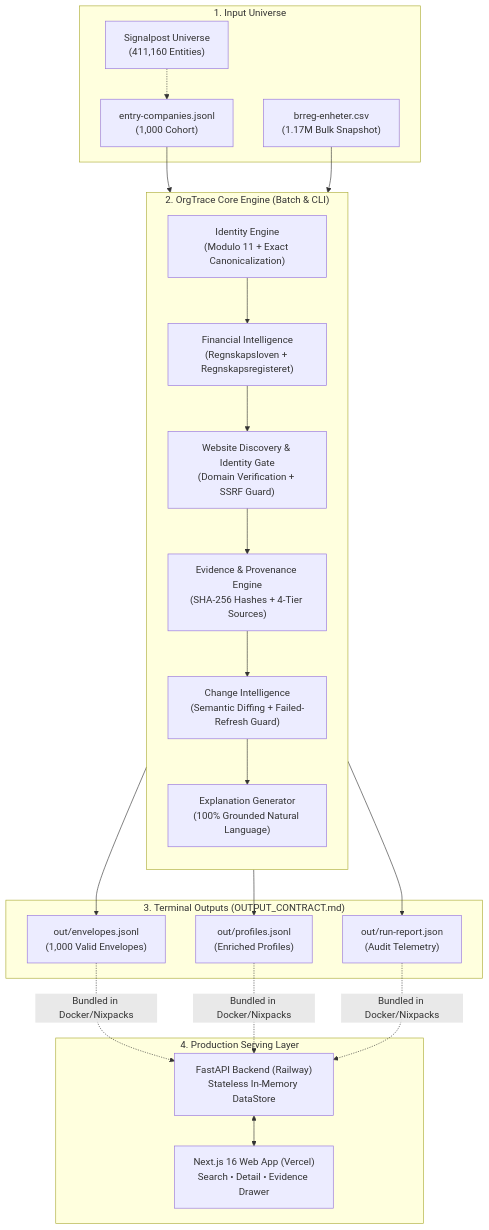
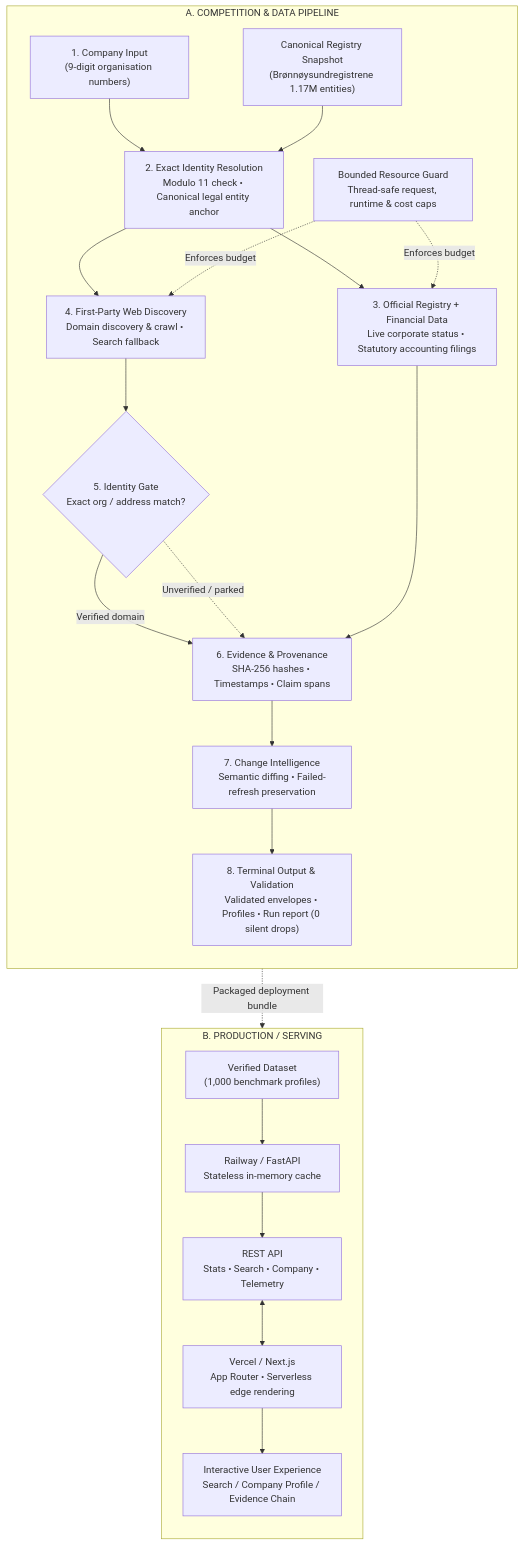
Before and after one commit to namandeeptripathi/OrgTrace: the diagram in README.md, drawn with Mermaid.

Commit message:
docs: refine architecture diagram

````diff
--- a/README.md
+++ b/README.md
@@ -86,42 +86,57 @@
 ```mermaid
 flowchart TD
-    subgraph Inputs ["1. Input Universe"]
-        IN1["entry-companies.jsonl<br/>(1,000 Cohort)"]
-        IN2["brreg-enheter.csv<br/>(1.17M Bulk Snapshot)"]
-        IN3["Signalpost Universe<br/>(411,160 Entities)"]
+    %% ─── FLOW A: COMPETITION / DATA PIPELINE ───
+    subgraph Pipeline ["A. COMPETITION & DATA PIPELINE"]
+        direction TB
+
+        IN["1. Company Input<br/>(9-digit organisation numbers)"]
+        BULK["Canonical Registry Snapshot<br/>(Brønnøysundregistrene 1.17M entities)"]
+
+        IDENT["2. Exact Identity Resolution<br/>Modulo 11 check • Canonical legal entity anchor"]
+
+        ENRICH["3. Official Registry + Financial Data<br/>Live corporate status • Statutory accounting filings"]
+
+        WEB["4. First-Party Web Discovery<br/>Domain discovery & crawl • Search fallback"]
+
+        GATE{"5. Identity Gate<br/>Exact org / address match?"}
+
+        PROV["6. Evidence & Provenance<br/>SHA-256 hashes • Timestamps • Claim spans"]
+
+        DIFF["7. Change Intelligence<br/>Semantic diffing • Failed-refresh preservation"]
+
+        OUT["8. Terminal Output & Validation<br/>Validated envelopes • Profiles • Run report (0 silent drops)"]
+
+        GUARD["Bounded Resource Guard<br/>Thread-safe request, runtime & cost caps"]
+
+        IN --> IDENT
+        BULK --> IDENT
+        IDENT --> ENRICH
+        IDENT --> WEB
+        WEB --> GATE
+        GATE -->|Verified domain| PROV
+        GATE -.->|Unverified / parked| PROV
+        ENRICH --> PROV
+        PROV --> DIFF
+        DIFF --> OUT
+        GUARD -.->|Enforces budget| ENRICH & WEB
     end
 
-    subgraph Pipeline ["2. OrgTrace Core Engine (Batch & CLI)"]
+    %% ─── FLOW B: PRODUCTION / SERVING ───
+    subgraph Serving ["B. PRODUCTION / SERVING"]
         direction TB
-        IE["Identity Engine<br/>(Modulo 11 + Exact Canonicalization)"]
-        FI["Financial Intelligence<br/>(Regnskapsloven + Regnskapsregisteret)"]
-        WD["Website Discovery & Identity Gate<br/>(Domain Verification + SSRF Guard)"]
-        EE["Evidence & Provenance Engine<br/>(SHA-256 Hashes + 4-Tier Sources)"]
-        CI["Change Intelligence<br/>(Semantic Diffing + Failed-Refresh Guard)"]
-        EXP["Explanation Generator<br/>(100% Grounded Natural Language)"]
 
-        IE --> FI --> WD --> EE --> CI --> EXP
+        DATA["Verified Dataset<br/>(1,000 benchmark profiles)"]
+        API["Railway / FastAPI<br/>Stateless in-memory cache"]
+        REST["REST API<br/>Stats • Search • Company • Telemetry"]
+        VERCEL["Vercel / Next.js<br/>App Router • Serverless edge rendering"]
+        UI["Interactive User Experience<br/>Search / Company Profile / Evidence Chain"]
+
+        DATA --> API
+        API --> REST
+        REST <--> VERCEL
+        VERCEL --> UI
     end
 
-    subgraph Artifacts ["3. Terminal Outputs (OUTPUT_CONTRACT.md)"]
-        OUT1["out/envelopes.jsonl<br/>(1,000 Valid Envelopes)"]
-        OUT2["out/profiles.jsonl<br/>(Enriched Profiles)"]
-        OUT3["out/run-report.json<br/>(Audit Telemetry)"]
-    end
-
-    subgraph Serving ["4. Production Serving Layer"]
-        API["FastAPI Backend (Railway)<br/>Stateless In-Memory DataStore"]
-        WEB["Next.js 16 Web App (Vercel)<br/>Search • Detail • Evidence Drawer"]
-        API <--> WEB
-    end
-
-    IN1 --> IE
-    IN2 --> IE
-    IN3 -.-> IN1
-    EXP --> OUT1
-    EXP --> OUT2
-    EXP --> OUT3
-    OUT1 -.->|Bundled in Docker/Nixpacks| API
-    OUT2 -.->|Bundled in Docker/Nixpacks| API
-    OUT3 -.->|Bundled in Docker/Nixpacks| API
+    %% ─── PIPELINE TO SERVING LINK ───
+    OUT -.->|Packaged deployment bundle| DATA
 ```
````
